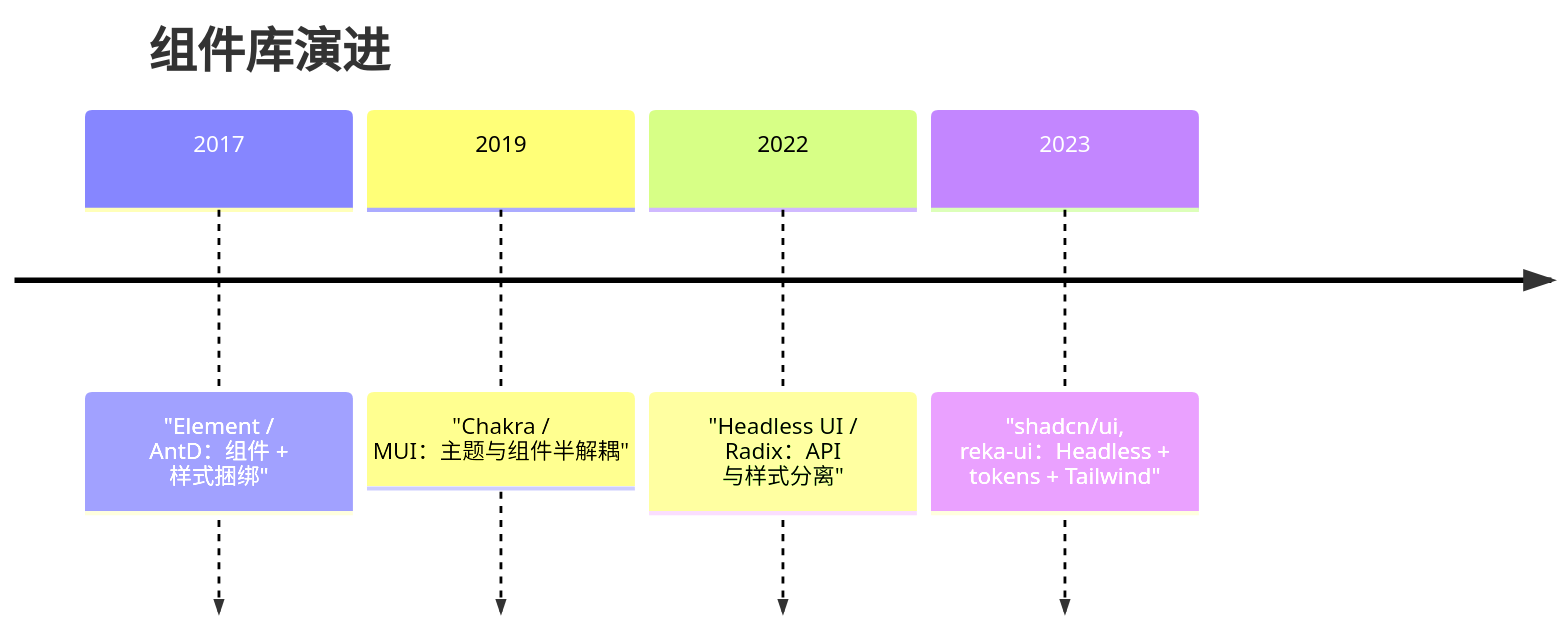
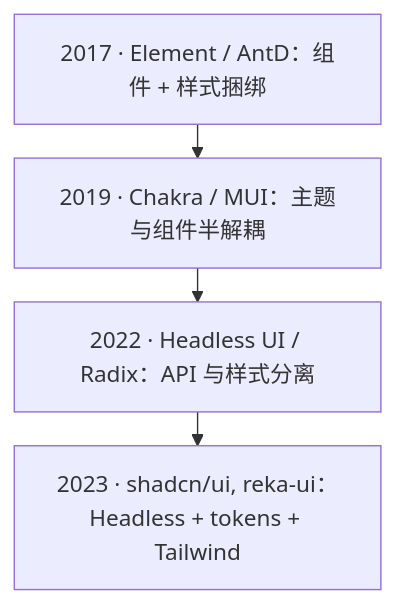
One commit to sonofmagic/weapp-tailwindcss changed the second of 3 diagrams in website/docs/tailwindcss/history/index.mdx. Above: the diagram before and after it, drawn with Mermaid. The commit also changed other lines of this file and 12 other files, not shown here.

````diff
--- a/website/docs/tailwindcss/history/index.mdx
+++ b/website/docs/tailwindcss/history/index.mdx
@@ -66,8 +93,10 @@
 ```mermaid
-timeline
-  title 组件库演进
-  2017 : "Element / AntD：组件 + 样式捆绑"
-  2019 : "Chakra / MUI：主题与组件半解耦"
-  2022 : "Headless UI / Radix：API 与样式分离"
-  2023 : "shadcn/ui, reka-ui：Headless + tokens + Tailwind"
+%%{ init: { "flowchart": { "curve": "basis", "nodeSpacing": 32, "rankSpacing": 24 } } }%%
+flowchart TB
+  C1["2017 · Element / AntD：组件 + 样式捆绑"]
+  C2["2019 · Chakra / MUI：主题与组件半解耦"]
+  C3["2022 · Headless UI / Radix：API 与样式分离"]
+  C4["2023 · shadcn/ui, reka-ui：Headless + tokens + Tailwind"]
+
+  C1 --> C2 --> C3 --> C4
 ```
````
